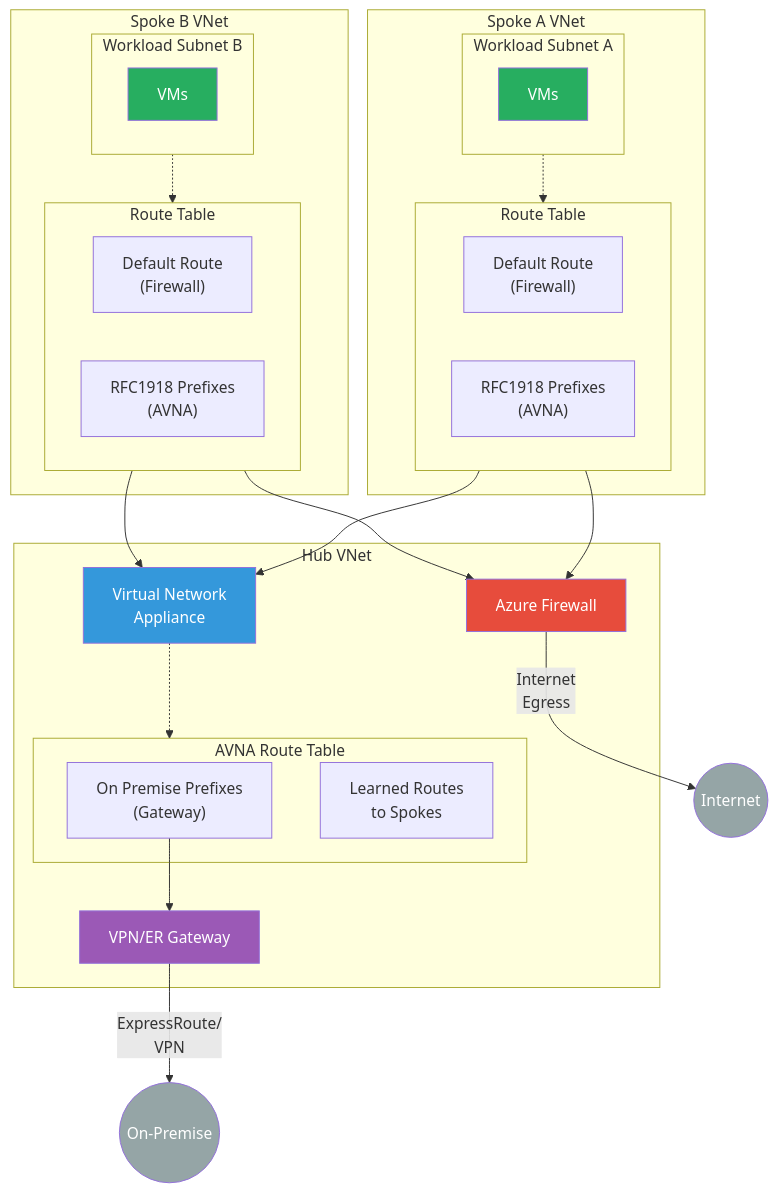
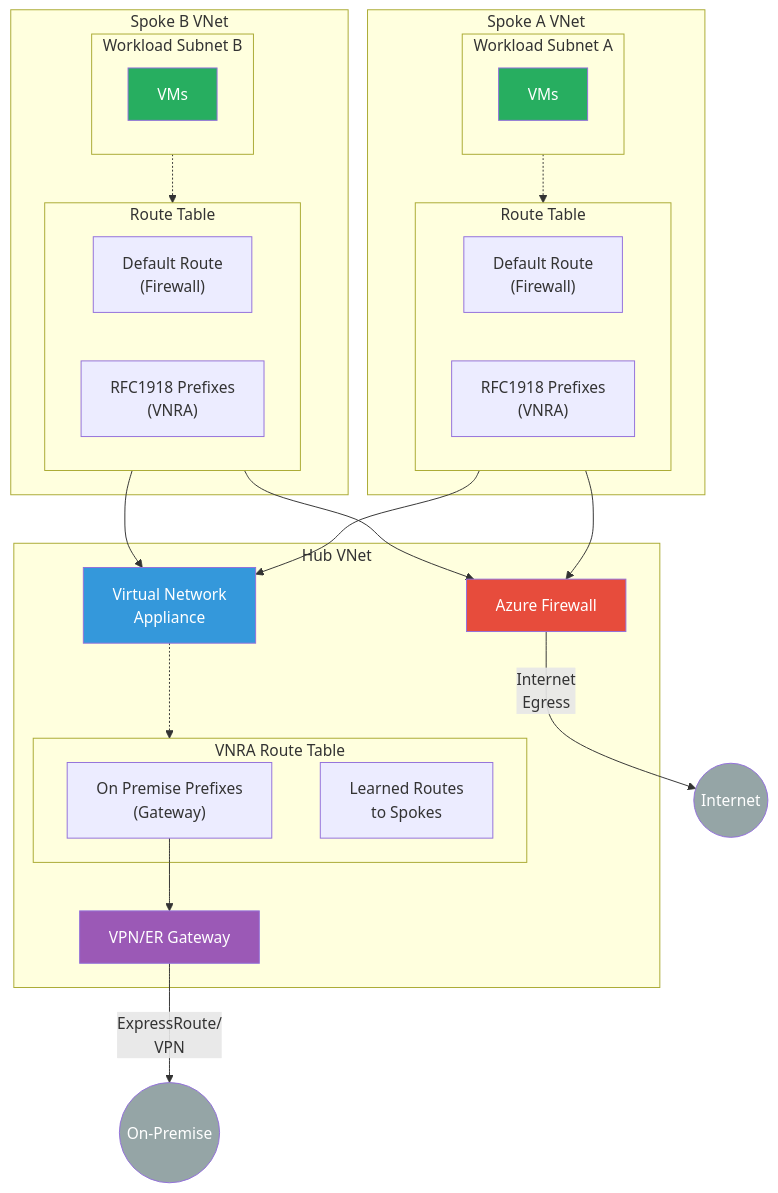
The third of 3 diagrams in blog/azure-virtual-network-appliance.md (simonpainter/www.simonpainter.com), drawn with Mermaid before and after one commit. The commit also changed other lines of this file and 2 other files, not shown here.

Commit message:
Blog post: Azure Virtual Network Routing Appliance goes GA (#513)
* added some commentary

* small edits

* fixed date and added callback

* Potential fix for pull request finding

* Use VNRA acronym consistently in both routing appliance posts

* Add VNRA cross-links

* Publish VNRA GA post

* Fix VNRA preview link

---------

````diff
--- a/blog/azure-virtual-network-appliance.md
+++ b/blog/azure-virtual-network-appliance.md
@@ -164,58 +164,58 @@
 ```mermaid
 flowchart TB
       accTitle: How do I use it?: flowchart diagram 3
       accDescr: I like this option because you also reduce the chance of traffic inadvertently going through the firewall asymmetrically.
     subgraph Hub["Hub VNet"]
         FW["Azure Firewall"]
         GW["VPN/ER Gateway"]
-        AVNA["Virtual Network<br/>Appliance"]
-        subgraph AVNART["AVNA Route Table"]
-            AVNART1["On Premise Prefixes<br/>(Gateway)"]
-            AVNART2["Learned Routes<br/>to Spokes"]
+        VNRA["Virtual Network<br/>Appliance"]
+        subgraph VNRART["VNRA Route Table"]
+            VNRART1["On Premise Prefixes<br/>(Gateway)"]
+            VNRART2["Learned Routes<br/>to Spokes"]
         end
     end
     
     subgraph SpokeA["Spoke A VNet"]
         subgraph SubnetA1["Workload Subnet A"]
             VMA["VMs"]
         end
         subgraph RTA["Route Table"]
             direction LR
             RTA1["Default Route<br/>(Firewall)"]
-            RTA2["RFC1918 Prefixes<br/>(AVNA)"]
+            RTA2["RFC1918 Prefixes<br/>(VNRA)"]
         end
     end
     
     subgraph SpokeB["Spoke B VNet"]
         subgraph SubnetB1["Workload Subnet B"]
             VMB["VMs"]
         end
         subgraph RTB["Route Table"]
             direction LR
             RTB1["Default Route<br/>(Firewall)"]
-            RTB2["RFC1918 Prefixes<br/>(AVNA)"]
+            RTB2["RFC1918 Prefixes<br/>(VNRA)"]
         end
     end
     
     SubnetA1 -.-> RTA
     SubnetB1 -.-> RTB
     
     RTA1 --> FW
-    RTA2 --> AVNA
+    RTA2 --> VNRA
     RTB1 --> FW
-    RTB2 --> AVNA
+    RTB2 --> VNRA
     
-    AVNA -.-> AVNART
-    AVNART1 --> GW
+    VNRA -.-> VNRART
+    VNRART1 --> GW
     
     FW -->|"Internet<br/>Egress"| Internet((Internet))
     GW -->|"ExpressRoute/<br/>VPN"| OnPrem((On-Premise))
     
     style FW fill:#e74c3c,color:#fff
     style GW fill:#9b59b6,color:#fff
-    style AVNA fill:#3498db,color:#fff
+    style VNRA fill:#3498db,color:#fff
     style VMA fill:#27ae60,color:#fff
     style VMB fill:#27ae60,color:#fff
     style Internet fill:#95a5a6,color:#fff
     style OnPrem fill:#95a5a6,color:#fff
 ```
````
